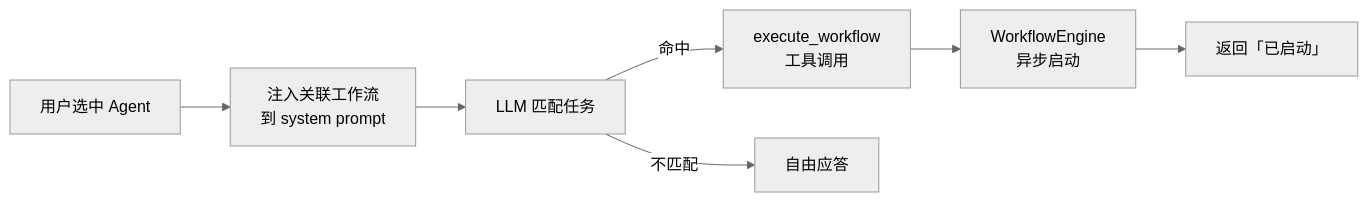
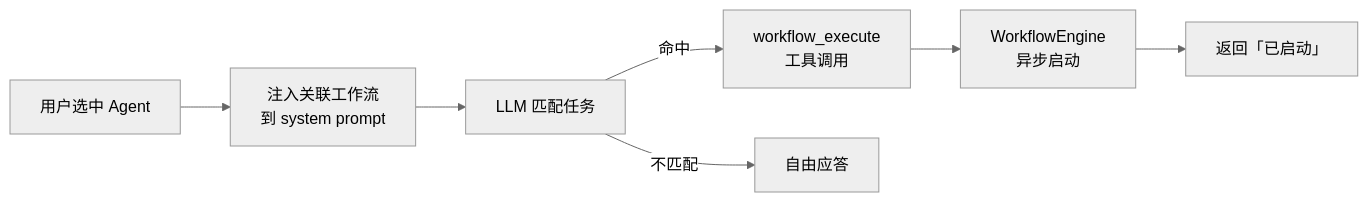
Before and after one commit to OpenForgeSelf/OpenForgeSelf: the first of 2 diagrams in docs/02-features/021-ai-agent.md, drawn with Mermaid (neutral theme). The commit also changed other lines of this file and 284 other files, not shown here.

````diff
--- a/docs/02-features/021-ai-agent.md
+++ b/docs/02-features/021-ai-agent.md
@@ -99,9 +99,9 @@
 ```mermaid
 flowchart LR
     A[用户选中 Agent] --> B[注入关联工作流<br/>到 system prompt]
     B --> C[LLM 匹配任务]
-    C -->|命中| D[execute_workflow<br/>工具调用]
+    C -->|命中| D[workflow_execute<br/>工具调用]
     C -->|不匹配| E[自由应答]
     D --> F[WorkflowEngine<br/>异步启动]
     F --> G[返回「已启动」]
 ```
````
